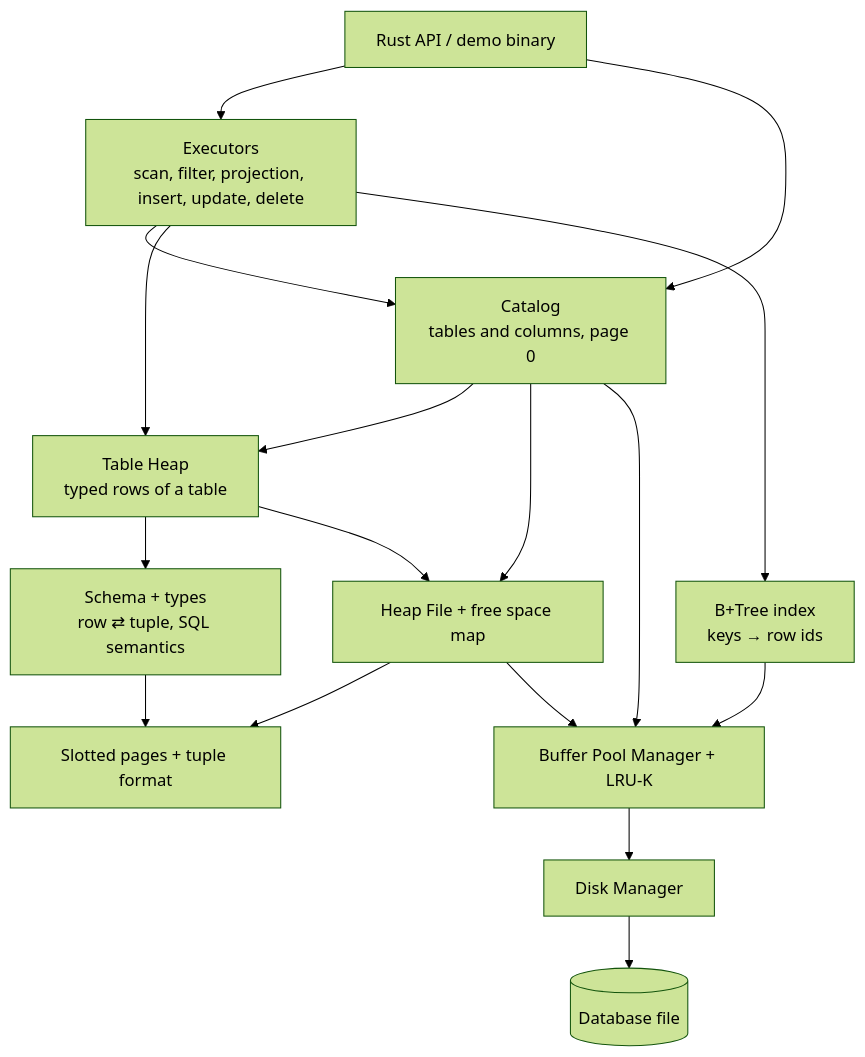
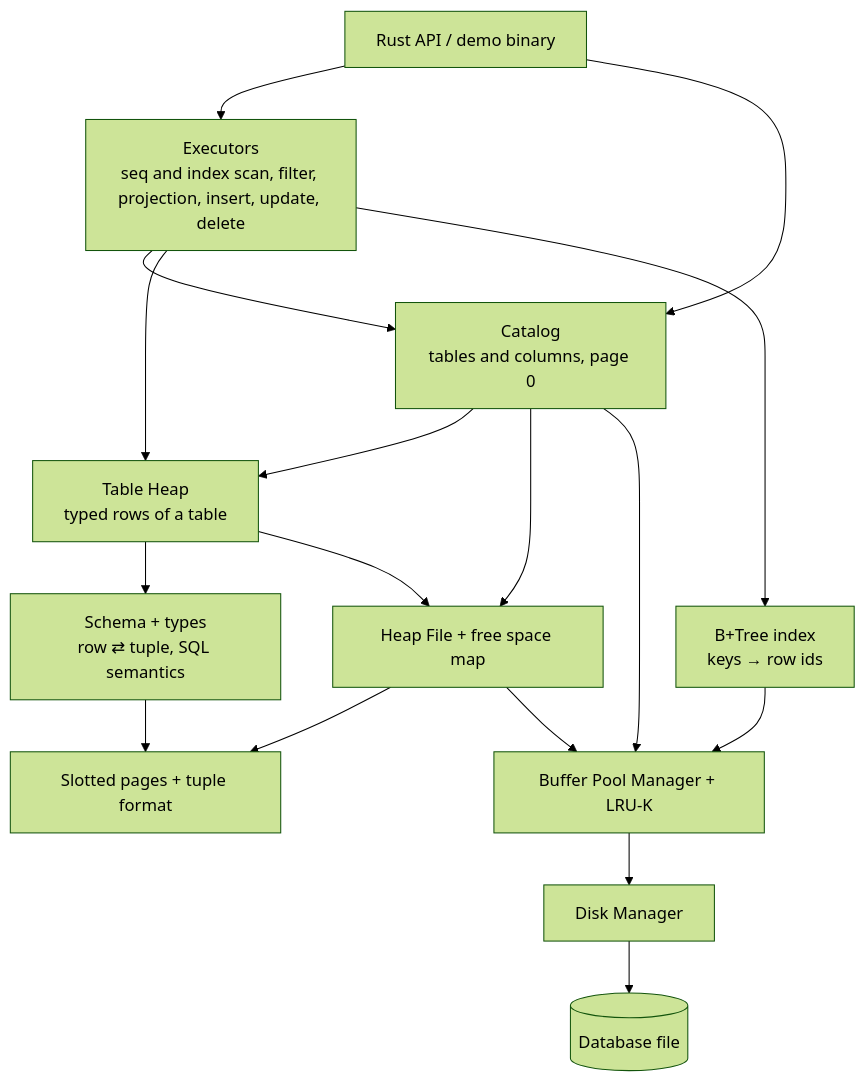
Before and after one commit to RodrigoGrz/ferro-db: the diagram in README.md, drawn with Mermaid (forest theme). The commit also changed other lines of this file and 11 other files, not shown here.

````diff
--- a/README.md
+++ b/README.md
@@ -47,31 +47,31 @@
 ```mermaid
 flowchart TD
     app["Rust API / demo binary"]
     catalog["Catalog<br/>tables and columns, page 0"]
     tableheap["Table Heap<br/>typed rows of a table"]
     btree["B+Tree index<br/>keys → row ids"]
-    exec["Executors<br/>scan, filter, projection, insert, update, delete"]
+    exec["Executors<br/>seq and index scan, filter, projection, insert, update, delete"]
     schema["Schema + types<br/>row ⇄ tuple, SQL semantics"]
     heap["Heap File + free space map"]
     page["Slotted pages + tuple format"]
     bpm["Buffer Pool Manager + LRU-K"]
     disk["Disk Manager"]
     file[("Database file")]
 
     app --> exec
     exec --> catalog
     exec --> tableheap
     exec --> btree
     app --> catalog
     btree --> bpm
     catalog --> tableheap
     catalog --> heap
     tableheap --> schema
     tableheap --> heap
     schema --> page
     heap --> page
     heap --> bpm
     catalog --> bpm
     bpm --> disk
     disk --> file
 ```
````
